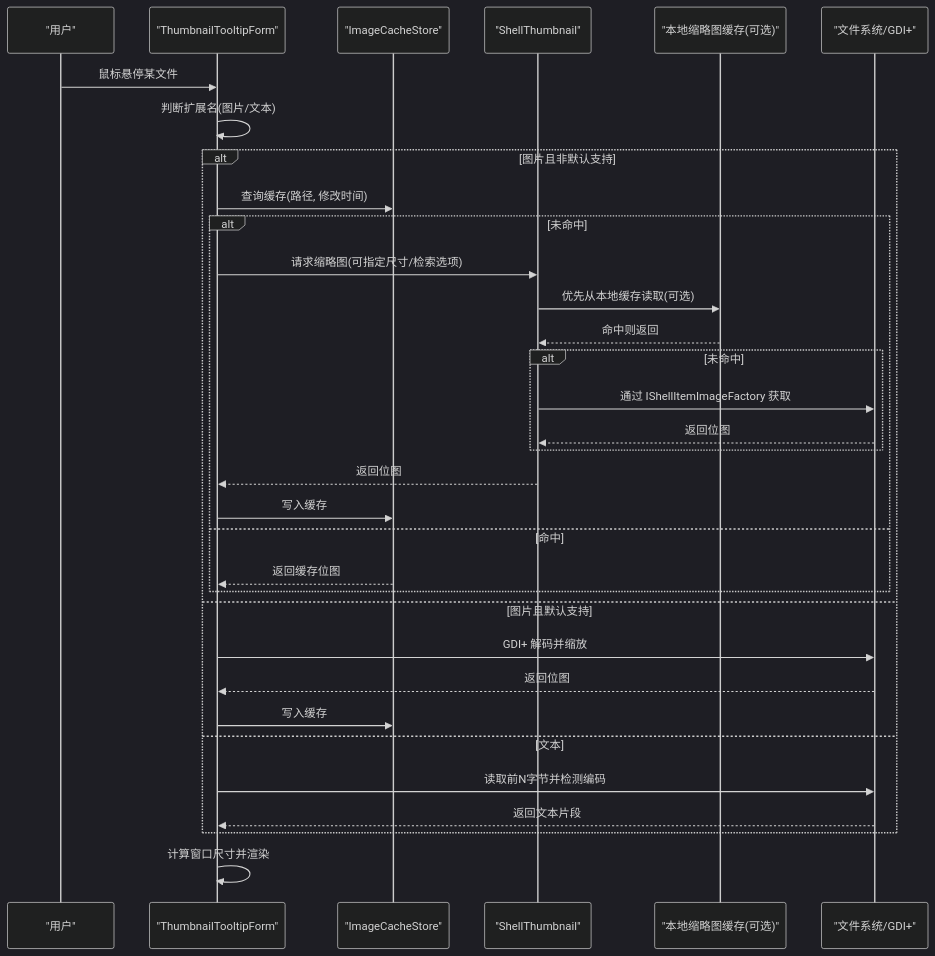
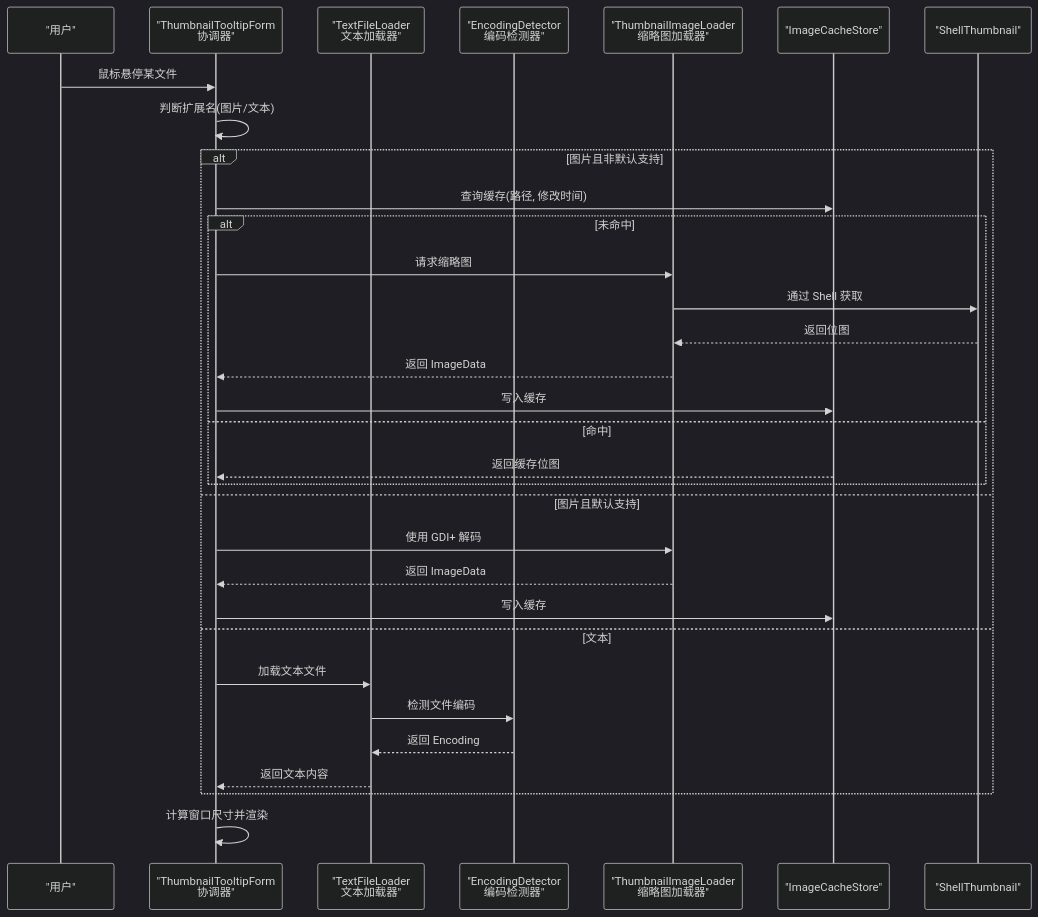
The second of 4 diagrams in .qoder/repowiki/zh/content/核心功能/预览系统.md (rainiva/QTTabBar-Next), drawn with Mermaid (dark theme) before and after one commit. The commit also changed other lines of this file and 415 other files, not shown here.

````diff
--- a/.qoder/repowiki/zh/content/核心功能/预览系统.md
+++ b/.qoder/repowiki/zh/content/核心功能/预览系统.md
@@ -125,35 +144,34 @@
 ```mermaid
 sequenceDiagram
 participant U as "用户"
-participant TT as "ThumbnailTooltipForm"
+participant TT as "ThumbnailTooltipForm<br/>协调器"
+participant TFL as "TextFileLoader<br/>文本加载器"
+participant ED as "EncodingDetector<br/>编码检测器"
+participant TIL as "ThumbnailImageLoader<br/>缩略图加载器"
 participant IC as "ImageCacheStore"
 participant SH as "ShellThumbnail"
-participant LTH as "本地缩略图缓存(可选)"
-participant FS as "文件系统/GDI+"
 U->>TT : 鼠标悬停某文件
 TT->>TT : 判断扩展名(图片/文本)
 alt 图片且非默认支持
 TT->>IC : 查询缓存(路径, 修改时间)
 alt 未命中
-TT->>SH : 请求缩略图(可指定尺寸/检索选项)
-SH->>LTH : 优先从本地缓存读取(可选)
-LTH-->>SH : 命中则返回
-alt 未命中
-SH->>FS : 通过 IShellItemImageFactory 获取
-FS-->>SH : 返回位图
-end
-SH-->>TT : 返回位图
+TT->>TIL : 请求缩略图
+TIL->>SH : 通过 Shell 获取
+SH-->>TIL : 返回位图
+TIL-->>TT : 返回 ImageData
 TT->>IC : 写入缓存
 else 命中
 IC-->>TT : 返回缓存位图
 end
 else 图片且默认支持
-TT->>FS : GDI+ 解码并缩放
-FS-->>TT : 返回位图
+TT->>TIL : 使用 GDI+ 解码
+TIL-->>TT : 返回 ImageData
 TT->>IC : 写入缓存
 else 文本
-TT->>FS : 读取前N字节并检测编码
-FS-->>TT : 返回文本片段
+TT->>TFL : 加载文本文件
+TFL->>ED : 检测文件编码
+ED-->>TFL : 返回 Encoding
+TFL-->>TT : 返回文本内容
 end
 TT->>TT : 计算窗口尺寸并渲染
 ```
````
